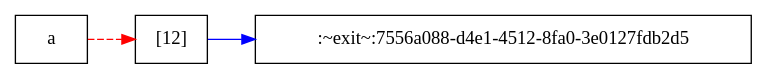
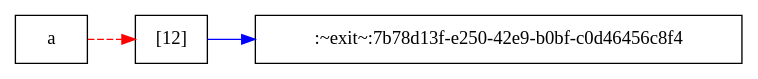
The diagram in test.dot (ItsArnavSh/Resrap), drawn with Graphviz before and after one commit. The commit also changed 5 other files, not shown here.

```diff
--- a/test.dot
+++ b/test.dot
@@ -1,8 +1,8 @@
 digraph G {
   rankdir=LR;
-  "[12]" [shape=box];
-  "[12]" -> ":~exit~:7556a088-d4e1-4512-8fa0-3e0127fdb2d5" [color=blue];
-  ":~exit~:7556a088-d4e1-4512-8fa0-3e0127fdb2d5" [shape=box];
   "a" [shape=box];
   "a" -> "[12]" [style=dashed color=red];
+  "[12]" [shape=box];
+  "[12]" -> ":~exit~:7b78d13f-e250-42e9-b0bf-c0d46456c8f4" [color=blue];
+  ":~exit~:7b78d13f-e250-42e9-b0bf-c0d46456c8f4" [shape=box];
 }
```
